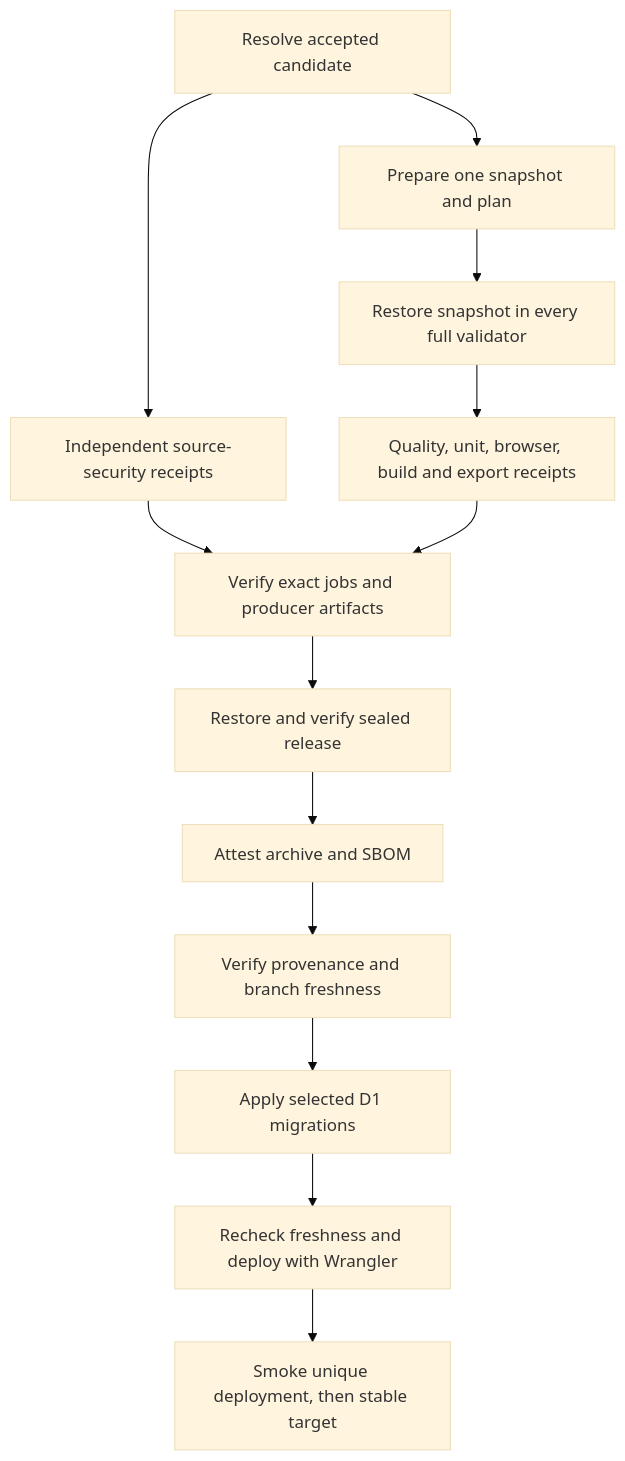
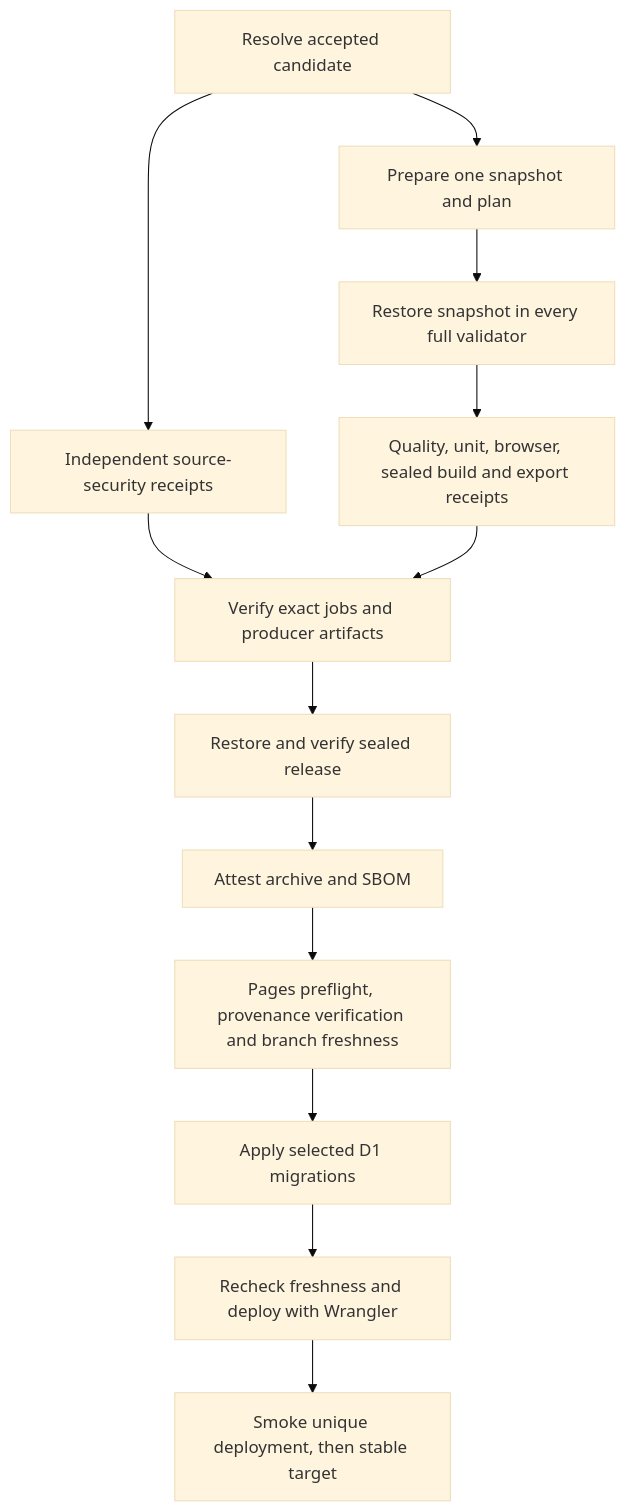
The diagram in docs/operations/DEPLOYMENT.md (nicolasgioanni/Smart-Porfolio), drawn with Mermaid (base theme) before and after one commit. The commit also changed other lines of this file and 15 other files, not shown here.

````diff
--- a/docs/operations/DEPLOYMENT.md
+++ b/docs/operations/DEPLOYMENT.md
@@ -196,15 +196,15 @@
 ```mermaid
 flowchart TD
     A[Resolve accepted candidate] --> B[Prepare one snapshot and plan]
     A --> S[Independent source-security receipts]
     B --> C[Restore snapshot in every full validator]
-    C --> D[Quality, unit, browser, build and export receipts]
+    C --> D[Quality, unit, browser, sealed build and export receipts]
     S --> G[Verify exact jobs and producer artifacts]
     D --> G
     G --> H[Restore and verify sealed release]
     H --> I[Attest archive and SBOM]
-    I --> J[Verify provenance and branch freshness]
+    I --> J[Pages preflight, provenance verification and branch freshness]
     J --> K[Apply selected D1 migrations]
     K --> L[Recheck freshness and deploy with Wrangler]
     L --> M[Smoke unique deployment, then stable target]
 ```
````
